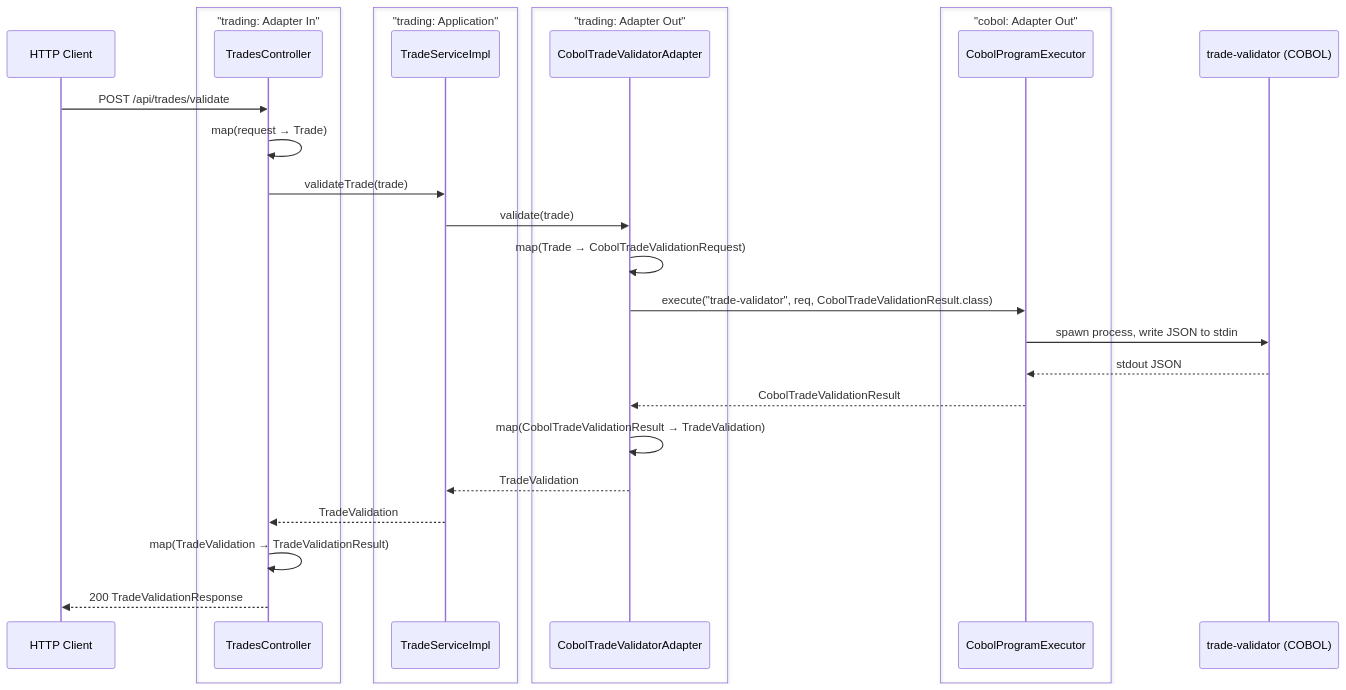
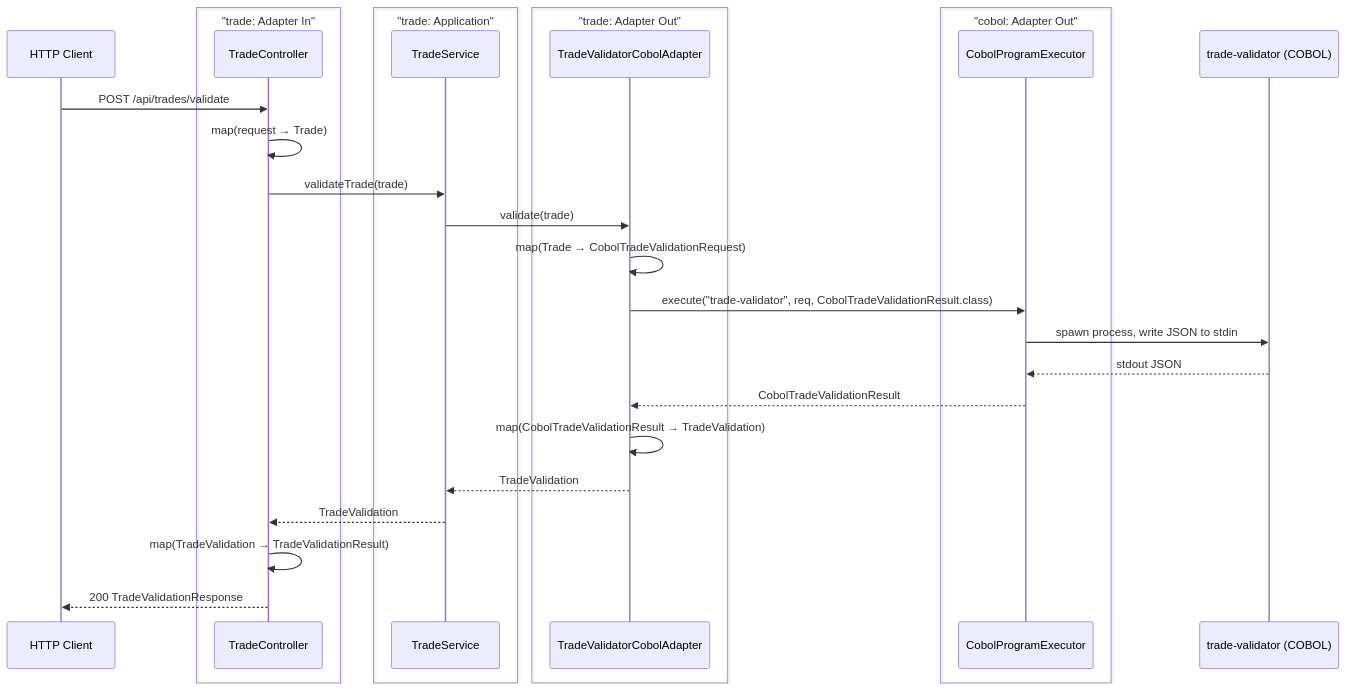
The second of 7 diagrams in stonks_java/README.md (franBec/stonks-simulator), drawn with Mermaid before and after one commit. The commit also changed other lines of this file and 86 other files, not shown here.

````diff
--- a/stonks_java/README.md
+++ b/stonks_java/README.md
@@ -53,32 +49,32 @@
 ```mermaid
 sequenceDiagram
     participant Client as HTTP Client
-    box "trading: Adapter In"
-    participant TC as TradesController
+    box "trade: Adapter In"
+    participant TC as TradeController
     end
-    box "trading: Application"
-    participant TS as TradeServiceImpl
+    box "trade: Application"
+    participant TS as TradeService
     end
-    box "trading: Adapter Out"
-    participant CTA as CobolTradeValidatorAdapter
+    box "trade: Adapter Out"
+    participant CTA as TradeValidatorCobolAdapter
     end
     box "cobol: Adapter Out"
     participant CPE as CobolProgramExecutor
     end
     participant COBOL as trade-validator (COBOL)
 
     Client->>TC: POST /api/trades/validate
     TC->>TC: map(request → Trade)
     TC->>TS: validateTrade(trade)
     TS->>CTA: validate(trade)
     CTA->>CTA: map(Trade → CobolTradeValidationRequest)
     CTA->>CPE: execute("trade-validator", req, CobolTradeValidationResult.class)
     CPE->>COBOL: spawn process, write JSON to stdin
     COBOL-->>CPE: stdout JSON
     CPE-->>CTA: CobolTradeValidationResult
     CTA->>CTA: map(CobolTradeValidationResult → TradeValidation)
     CTA-->>TS: TradeValidation
     TS-->>TC: TradeValidation
     TC->>TC: map(TradeValidation → TradeValidationResult)
     TC-->>Client: 200 TradeValidationResponse
 ```
````
